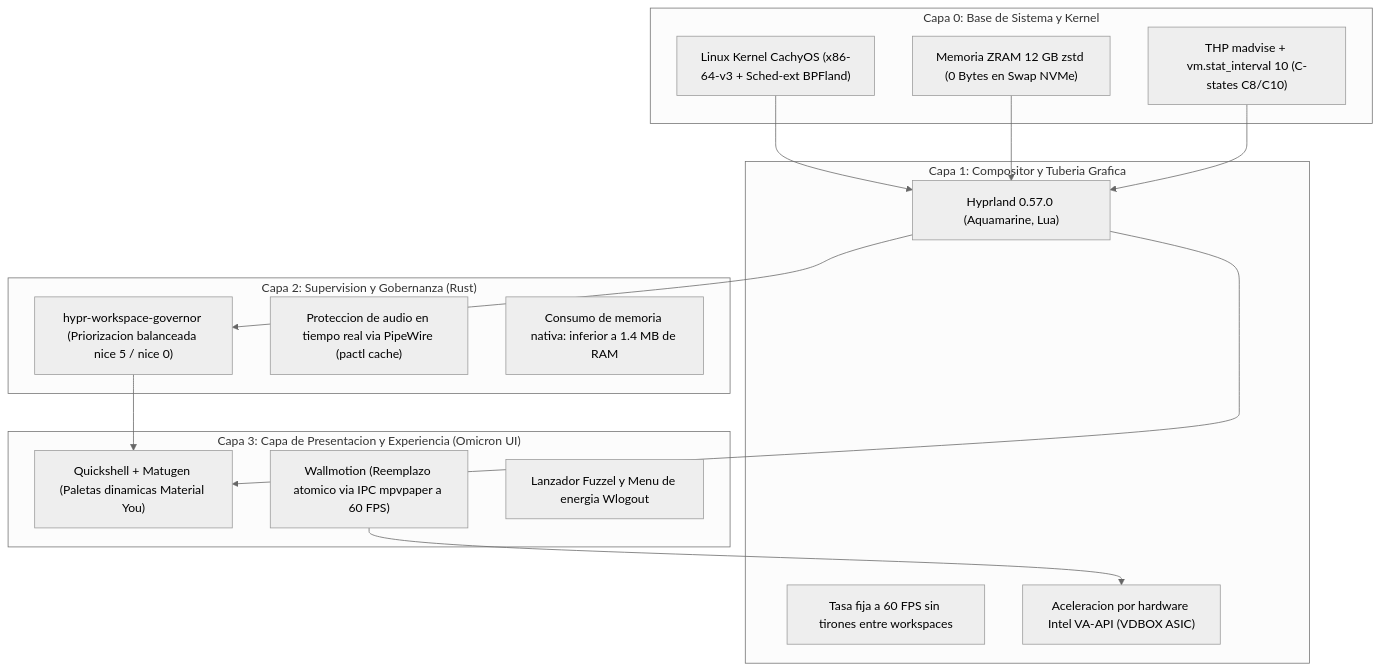
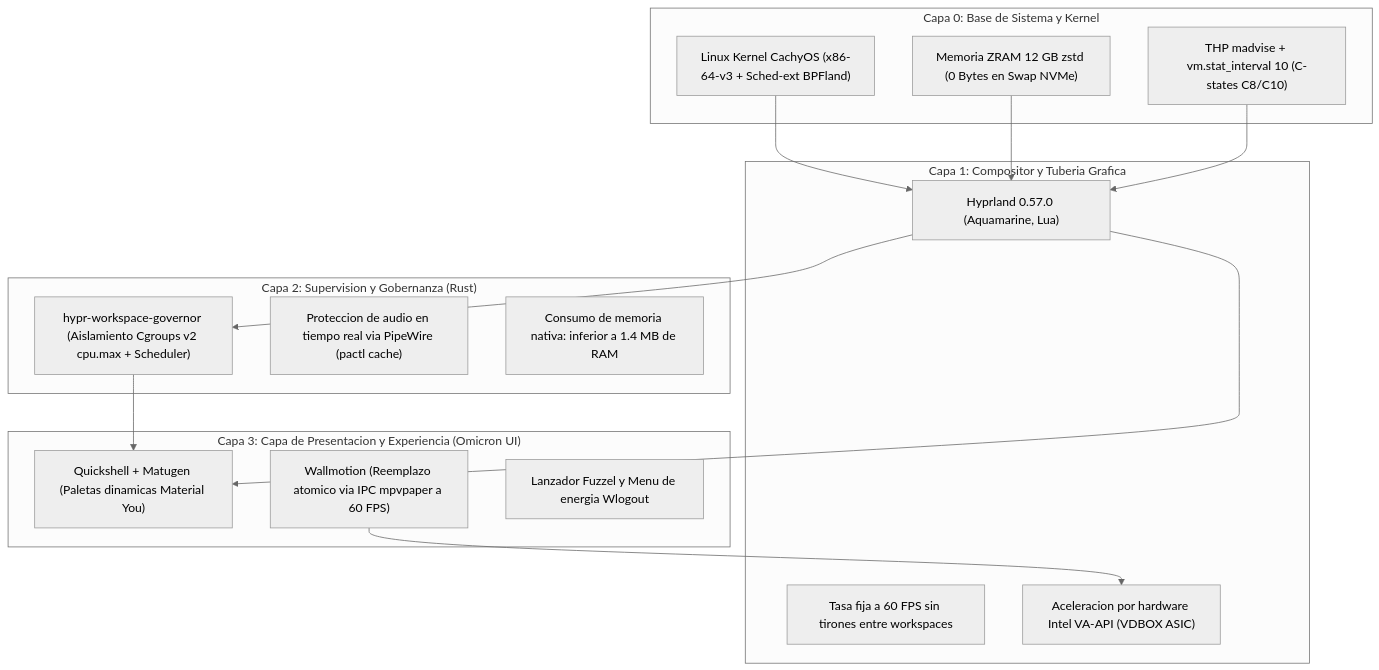
One commit to anthra123x/my_linux changed the diagram in README.md. Above: the diagram before and after it, drawn with Mermaid (neutral theme). The commit also changed other lines of this file and 8 other files, not shown here.

````diff
--- a/README.md
+++ b/README.md
@@ -47,34 +47,34 @@
 ```mermaid
 graph TD
     subgraph C0 ["Capa 0: Base de Sistema y Kernel"]
         K1["Linux Kernel CachyOS (x86-64-v3 + Sched-ext BPFland)"]
         K2["Memoria ZRAM 12 GB zstd (0 Bytes en Swap NVMe)"]
         K3["THP madvise + vm.stat_interval 10 (C-states C8/C10)"]
     end
 
     subgraph C1 ["Capa 1: Compositor y Tuberia Grafica"]
         W1["Hyprland 0.57.0 (Aquamarine, Lua)"]
         W2["Tasa fija a 60 FPS sin tirones entre workspaces"]
         W3["Aceleracion por hardware Intel VA-API (VDBOX ASIC)"]
     end
 
     subgraph C2 ["Capa 2: Supervision y Gobernanza (Rust)"]
-        R1["hypr-workspace-governor (Priorizacion balanceada nice 5 / nice 0)"]
+        R1["hypr-workspace-governor (Aislamiento Cgroups v2 cpu.max + Scheduler)"]
         R2["Proteccion de audio en tiempo real via PipeWire (pactl cache)"]
         R3["Consumo de memoria nativa: inferior a 1.4 MB de RAM"]
     end
 
     subgraph C3 ["Capa 3: Capa de Presentacion y Experiencia (Omicron UI)"]
         U1["Quickshell + Matugen (Paletas dinamicas Material You)"]
         U2["Wallmotion (Reemplazo atomico via IPC mpvpaper a 60 FPS)"]
         U3["Lanzador Fuzzel y Menu de energia Wlogout"]
     end
 
     K1 --> W1
     K2 --> W1
     K3 --> W1
     W1 --> R1
     W1 --> U1
     R1 --> U1
     U2 --> W3
 ```
````
